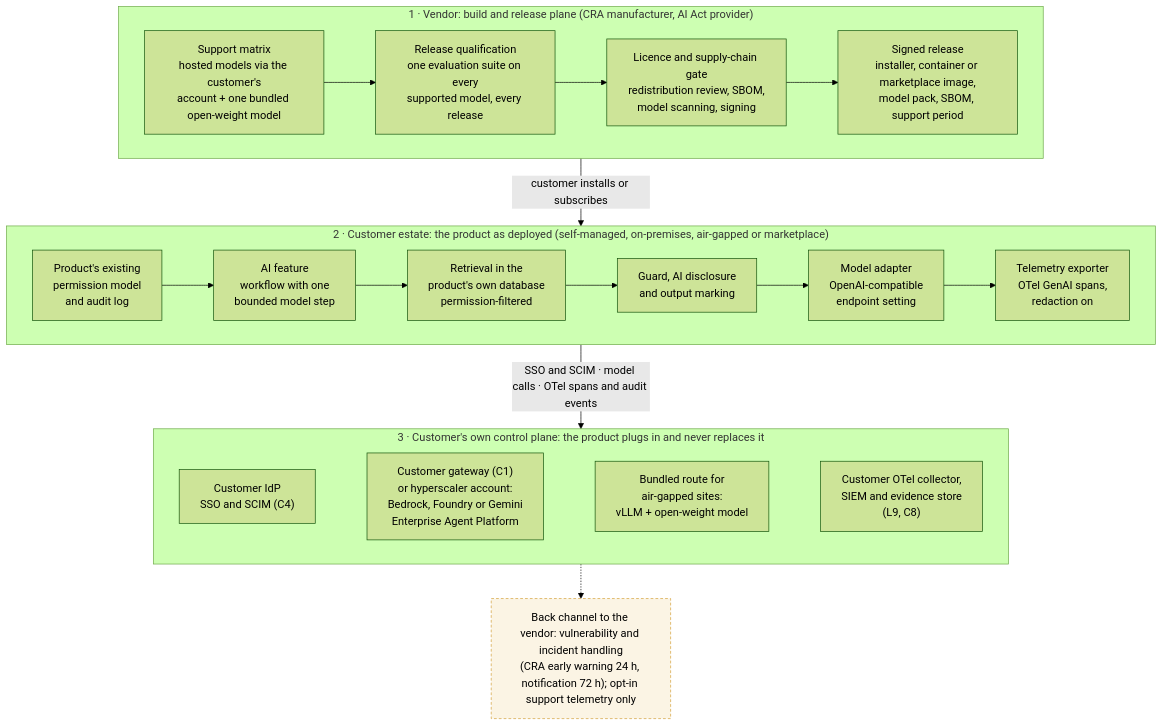
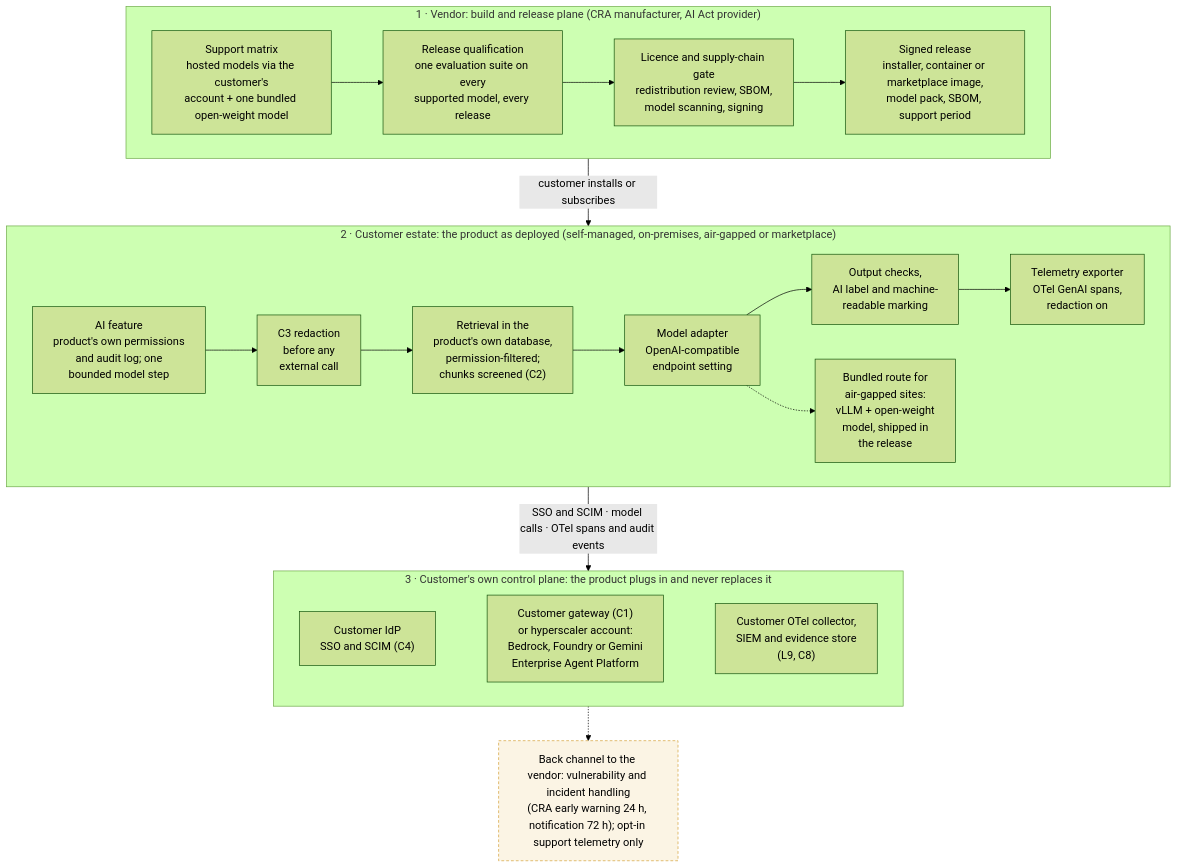
Before and after one commit to gitzerobegin/genai_stack: the diagram in Enterprise_GenAI_Stack_Oct2026/08_Graphic/diagrams/SW-1.md, drawn with Mermaid (forest theme). The commit also changed 15 other files, not shown here.

First line of the commit message:
View figures: AG-1 re-laid out top-to-bottom, SU-1 crossings removed, TS-1 three tenancy tiers and privacy before gateway, SW-1 bundled route and marking order match the text; Gemma 4 notation (S, cond.) across views

````diff
--- a/Enterprise_GenAI_Stack_Oct2026/08_Graphic/diagrams/SW-1.md
+++ b/Enterprise_GenAI_Stack_Oct2026/08_Graphic/diagrams/SW-1.md
@@ -4,34 +4,35 @@
 ```mermaid
 flowchart TD
   classDef note fill:#FBF4E4,stroke:#D4A13A,stroke-dasharray:4 3;
   subgraph V["1 · Vendor: build and release plane (CRA manufacturer, AI Act provider)"]
     direction LR
     V1["Support matrix<br/>hosted models via the customer's<br/>account + one bundled open-weight model"]
     V2["Release qualification<br/>one evaluation suite on every<br/>supported model, every release"]
     V3["Licence and supply-chain gate<br/>redistribution review, SBOM,<br/>model scanning, signing"]
     V4["Signed release<br/>installer, container or marketplace image,<br/>model pack, SBOM, support period"]
     V1 --> V2 --> V3 --> V4
   end
   subgraph P["2 · Customer estate: the product as deployed (self-managed, on-premises, air-gapped or marketplace)"]
     direction LR
-    P1["Product's existing<br/>permission model<br/>and audit log"]
-    P2["AI feature<br/>workflow with one<br/>bounded model step"]
-    P3["Retrieval in the<br/>product's own database<br/>permission-filtered"]
-    P5["Guard, AI disclosure<br/>and output marking"]
+    P2["AI feature<br/>product's own permissions<br/>and audit log; one<br/>bounded model step"]
+    PR["C3 redaction<br/>before any<br/>external call"]
+    P3["Retrieval in the<br/>product's own database,<br/>permission-filtered;<br/>chunks screened (C2)"]
     P4["Model adapter<br/>OpenAI-compatible<br/>endpoint setting"]
+    P5["Output checks,<br/>AI label and machine-<br/>readable marking"]
     P6["Telemetry exporter<br/>OTel GenAI spans,<br/>redaction on"]
-    P1 --> P2 --> P3 --> P5 --> P4 --> P6
+    BR["Bundled route for<br/>air-gapped sites:<br/>vLLM + open-weight<br/>model, shipped in<br/>the release"]
+    P2 --> PR --> P3 --> P4 --> P5 --> P6
+    P4 -.-> BR
   end
   subgraph C["3 · Customer's own control plane: the product plugs in and never replaces it"]
     direction LR
     C4["Customer IdP<br/>SSO and SCIM (C4)"]
     C1["Customer gateway (C1)<br/>or hyperscaler account:<br/>Bedrock, Foundry or Gemini<br/>Enterprise Agent Platform"]
-    C2["Bundled route for<br/>air-gapped sites:<br/>vLLM + open-weight model"]
     C9["Customer OTel collector,<br/>SIEM and evidence store<br/>(L9, C8)"]
-    C4 ~~~ C1 ~~~ C2 ~~~ C9
+    C4 ~~~ C1 ~~~ C9
   end
   V -- "customer installs or subscribes" --> P
   P -- "SSO and SCIM · model calls · OTel spans and audit events" --> C
   N["Back channel to the vendor: vulnerability and incident handling<br/>(CRA early warning 24 h, notification 72 h); opt-in support telemetry only"]:::note
   C -.-> N
 ```
````
